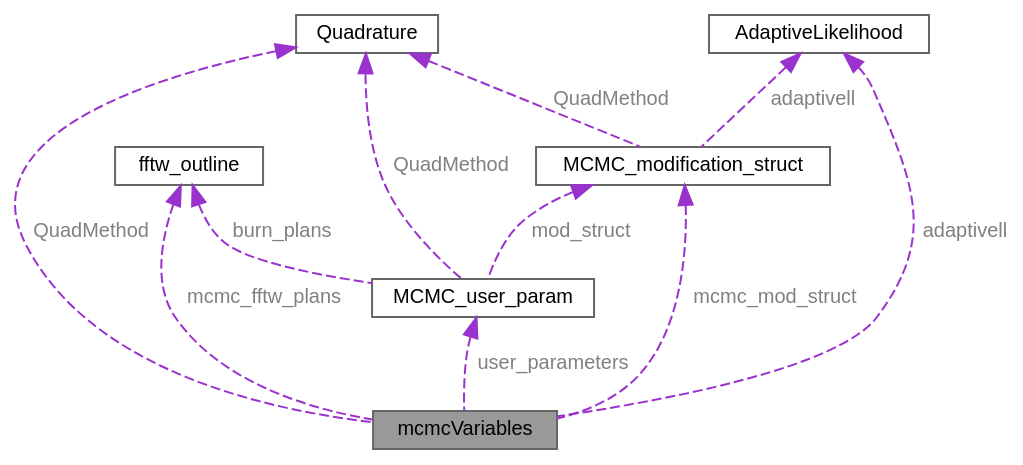
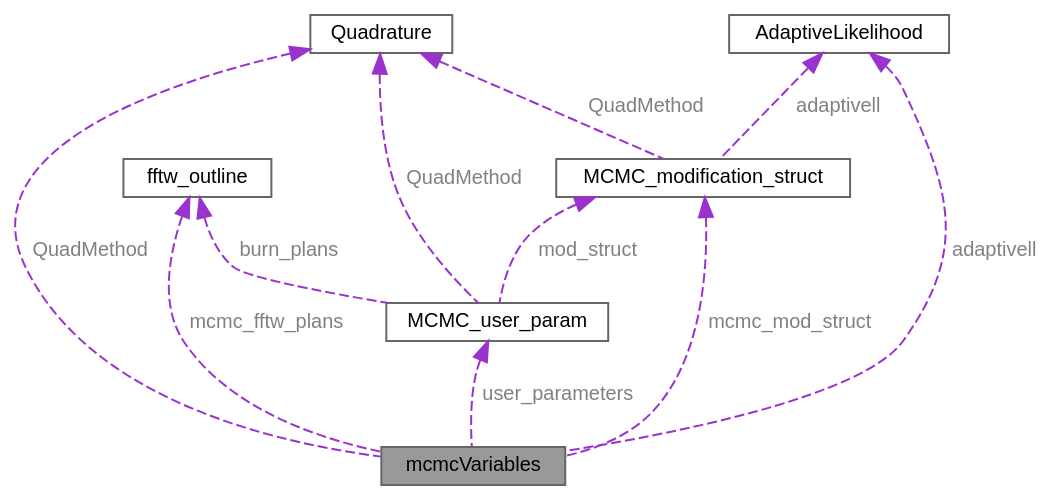
The diagram in structmcmcVariables__coll__graph.dot (bayescollab/gw_analysis_tools), drawn with Graphviz before and after one commit. The commit also changed 476 other files, not shown here.

```diff
--- a/structmcmcVariables__coll__graph.dot
+++ b/structmcmcVariables__coll__graph.dot
@@ -1,23 +1,33 @@
 digraph "mcmcVariables"
 {
  // LATEX_PDF_SIZE
   bgcolor="transparent";
   edge [fontname=Helvetica,fontsize=10,labelfontname=Helvetica,labelfontsize=10];
   node [fontname=Helvetica,fontsize=10,shape=box,height=0.2,width=0.4];
   Node1 [id="Node000001",label="mcmcVariables",height=0.2,width=0.4,color="gray40", fillcolor="grey60", style="filled", fontcolor="black",tooltip=" "];
-  Node2 -> Node1 [id="edge1_Node000001_Node000002",dir="back",color="darkorchid3",style="dashed",tooltip=" ",label=" mcmc_fftw_plans",fontcolor="grey" ];
+  Node2 -> Node1 [id="edge1_Node000001_Node000002",dir="back",color="darkorchid3",style="dashed",tooltip=" ",label=<<TABLE CELLBORDER="0" BORDER="0"><TR><TD VALIGN="top" ALIGN="LEFT" CELLPADDING="1" CELLSPACING="0">mcmc_fftw_plans</TD></TR>
+</TABLE>> ,fontcolor="grey" ];
   Node2 [id="Node000002",label="fftw_outline",height=0.2,width=0.4,color="gray40", fillcolor="white", style="filled",URL="$structfftw__outline.html",tooltip=" "];
-  Node3 -> Node1 [id="edge2_Node000001_Node000003",dir="back",color="darkorchid3",style="dashed",tooltip=" ",label=" mcmc_mod_struct",fontcolor="grey" ];
+  Node3 -> Node1 [id="edge2_Node000001_Node000003",dir="back",color="darkorchid3",style="dashed",tooltip=" ",label=<<TABLE CELLBORDER="0" BORDER="0"><TR><TD VALIGN="top" ALIGN="LEFT" CELLPADDING="1" CELLSPACING="0">mcmc_mod_struct</TD></TR>
+</TABLE>> ,fontcolor="grey" ];
   Node3 [id="Node000003",label="MCMC_modification_struct",height=0.2,width=0.4,color="gray40", fillcolor="white", style="filled",URL="$structMCMC__modification__struct.html",tooltip=" "];
-  Node4 -> Node3 [id="edge3_Node000003_Node000004",dir="back",color="darkorchid3",style="dashed",tooltip=" ",label=" QuadMethod",fontcolor="grey" ];
+  Node4 -> Node3 [id="edge3_Node000003_Node000004",dir="back",color="darkorchid3",style="dashed",tooltip=" ",label=<<TABLE CELLBORDER="0" BORDER="0"><TR><TD VALIGN="top" ALIGN="LEFT" CELLPADDING="1" CELLSPACING="0">QuadMethod</TD></TR>
+</TABLE>> ,fontcolor="grey" ];
   Node4 [id="Node000004",label="Quadrature",height=0.2,width=0.4,color="gray40", fillcolor="white", style="filled",URL="$classQuadrature.html",tooltip="Class to evaluate integrals with established spacing and weights."];
-  Node5 -> Node3 [id="edge4_Node000003_Node000005",dir="back",color="darkorchid3",style="dashed",tooltip=" ",label=" adaptivell",fontcolor="grey" ];
+  Node5 -> Node3 [id="edge4_Node000003_Node000005",dir="back",color="darkorchid3",style="dashed",tooltip=" ",label=<<TABLE CELLBORDER="0" BORDER="0"><TR><TD VALIGN="top" ALIGN="LEFT" CELLPADDING="1" CELLSPACING="0">adaptivell</TD></TR>
+</TABLE>> ,fontcolor="grey" ];
   Node5 [id="Node000005",label="AdaptiveLikelihood",height=0.2,width=0.4,color="gray40", fillcolor="white", style="filled",URL="$classAdaptiveLikelihood.html",tooltip=" "];
-  Node6 -> Node1 [id="edge5_Node000001_Node000006",dir="back",color="darkorchid3",style="dashed",tooltip=" ",label=" user_parameters",fontcolor="grey" ];
+  Node6 -> Node1 [id="edge5_Node000001_Node000006",dir="back",color="darkorchid3",style="dashed",tooltip=" ",label=<<TABLE CELLBORDER="0" BORDER="0"><TR><TD VALIGN="top" ALIGN="LEFT" CELLPADDING="1" CELLSPACING="0">user_parameters</TD></TR>
+</TABLE>> ,fontcolor="grey" ];
   Node6 [id="Node000006",label="MCMC_user_param",height=0.2,width=0.4,color="gray40", fillcolor="white", style="filled",URL="$structMCMC__user__param.html",tooltip=" "];
-  Node2 -> Node6 [id="edge6_Node000006_Node000002",dir="back",color="darkorchid3",style="dashed",tooltip=" ",label=" burn_plans",fontcolor="grey" ];
-  Node4 -> Node6 [id="edge7_Node000006_Node000004",dir="back",color="darkorchid3",style="dashed",tooltip=" ",label=" QuadMethod",fontcolor="grey" ];
-  Node3 -> Node6 [id="edge8_Node000006_Node000003",dir="back",color="darkorchid3",style="dashed",tooltip=" ",label=" mod_struct",fontcolor="grey" ];
-  Node5 -> Node1 [id="edge9_Node000001_Node000005",dir="back",color="darkorchid3",style="dashed",tooltip=" ",label=" adaptivell",fontcolor="grey" ];
-  Node4 -> Node1 [id="edge10_Node000001_Node000004",dir="back",color="darkorchid3",style="dashed",tooltip=" ",label=" QuadMethod",fontcolor="grey" ];
+  Node2 -> Node6 [id="edge6_Node000006_Node000002",dir="back",color="darkorchid3",style="dashed",tooltip=" ",label=<<TABLE CELLBORDER="0" BORDER="0"><TR><TD VALIGN="top" ALIGN="LEFT" CELLPADDING="1" CELLSPACING="0">burn_plans</TD></TR>
+</TABLE>> ,fontcolor="grey" ];
+  Node4 -> Node6 [id="edge7_Node000006_Node000004",dir="back",color="darkorchid3",style="dashed",tooltip=" ",label=<<TABLE CELLBORDER="0" BORDER="0"><TR><TD VALIGN="top" ALIGN="LEFT" CELLPADDING="1" CELLSPACING="0">QuadMethod</TD></TR>
+</TABLE>> ,fontcolor="grey" ];
+  Node3 -> Node6 [id="edge8_Node000006_Node000003",dir="back",color="darkorchid3",style="dashed",tooltip=" ",label=<<TABLE CELLBORDER="0" BORDER="0"><TR><TD VALIGN="top" ALIGN="LEFT" CELLPADDING="1" CELLSPACING="0">mod_struct</TD></TR>
+</TABLE>> ,fontcolor="grey" ];
+  Node5 -> Node1 [id="edge9_Node000001_Node000005",dir="back",color="darkorchid3",style="dashed",tooltip=" ",label=<<TABLE CELLBORDER="0" BORDER="0"><TR><TD VALIGN="top" ALIGN="LEFT" CELLPADDING="1" CELLSPACING="0">adaptivell</TD></TR>
+</TABLE>> ,fontcolor="grey" ];
+  Node4 -> Node1 [id="edge10_Node000001_Node000004",dir="back",color="darkorchid3",style="dashed",tooltip=" ",label=<<TABLE CELLBORDER="0" BORDER="0"><TR><TD VALIGN="top" ALIGN="LEFT" CELLPADDING="1" CELLSPACING="0">QuadMethod</TD></TR>
+</TABLE>> ,fontcolor="grey" ];
 }
```
